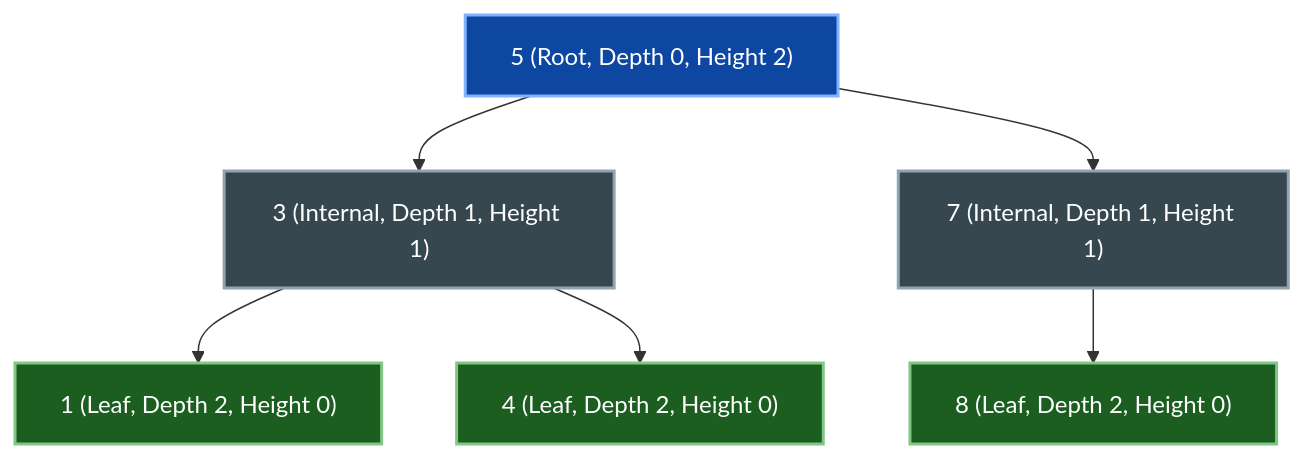
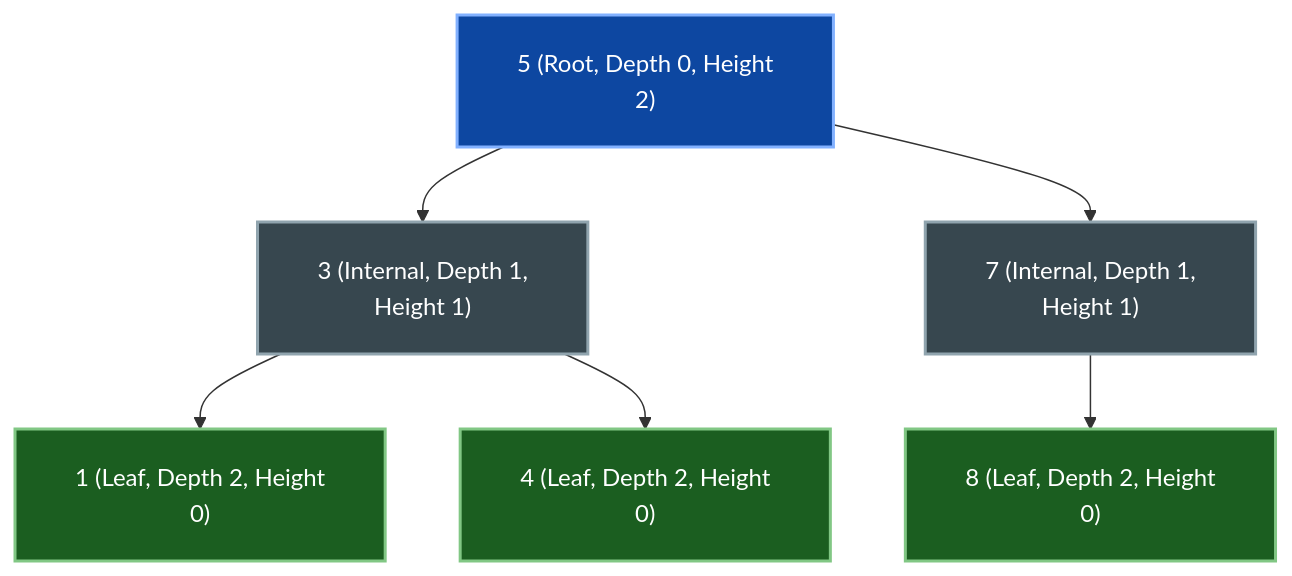
One commit to dip4k/DSA_102 changed the first of 20 diagrams in week_07_trees_and_balanced_search_trees/WEEK_07_FULL_PLAYBOOK.md. Above: the diagram before and after it, drawn with Mermaid. The commit also changed other lines of this file and 108 other files, not shown here.

First line of the commit message:
fix(mermaid): resolve diagram clipping, padding, and syntax issues across repo

````diff
--- a/week_07_trees_and_balanced_search_trees/WEEK_07_FULL_PLAYBOOK.md
+++ b/week_07_trees_and_balanced_search_trees/WEEK_07_FULL_PLAYBOOK.md
@@ -91,19 +91,20 @@
 ```mermaid
+%%{init: {"flowchart": {"htmlLabels": true, "padding": 20}}}%%
 flowchart TD
-    N5["5 (Root, Depth 0, Height 2)"]:::rootNode
-    N3["3 (Internal, Depth 1, Height 1)"]:::internalNode
-    N7["7 (Internal, Depth 1, Height 1)"]:::internalNode
-    N1["1 (Leaf, Depth 2, Height 0)"]:::leafNode
-    N4["4 (Leaf, Depth 2, Height 0)"]:::leafNode
-    N8["8 (Leaf, Depth 2, Height 0)"]:::leafNode
+    N5["5 (Root, Depth 0, Height<br/>2)"]:::rootNode
+    N3["3 (Internal, Depth 1,<br/>Height 1)"]:::internalNode
+    N7["7 (Internal, Depth 1,<br/>Height 1)"]:::internalNode
+    N1["1 (Leaf, Depth 2, Height<br/>0)"]:::leafNode
+    N4["4 (Leaf, Depth 2, Height<br/>0)"]:::leafNode
+    N8["8 (Leaf, Depth 2, Height<br/>0)"]:::leafNode
 
     N5 --> N3
     N5 --> N7
     N3 --> N1
     N3 --> N4
     N7 --> N8
 
     classDef rootNode fill:#0d47a1,stroke:#82b1ff,stroke-width:2px,color:#ffffff
     classDef internalNode fill:#37474f,stroke:#90a4ae,stroke-width:2px,color:#ffffff
     classDef leafNode fill:#1b5e20,stroke:#81c784,stroke-width:2px,color:#ffffff
 ```
````
